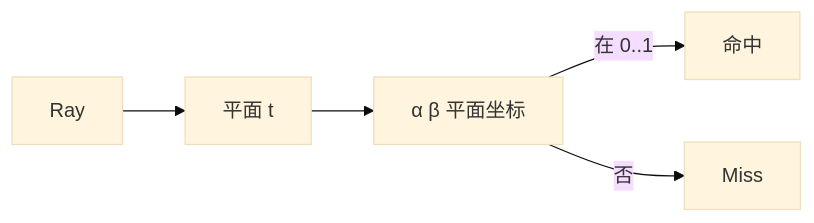
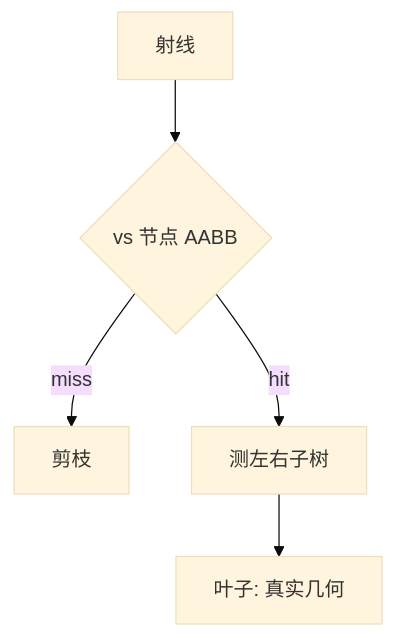
One commit to xiaoqianran/cpp-002 changed the fourth of 4 diagrams in docs/ARCHITECTURE.md. Above: the diagram before and after it, drawn with Mermaid (base theme). The commit also changed other lines of this file and 16 other files, not shown here.

````diff
--- a/docs/ARCHITECTURE.md
+++ b/docs/ARCHITECTURE.md
@@ -105,7 +52,7 @@
 ```mermaid
-flowchart LR
-  Ray --> Plane[平面 t]
-  Plane --> UV[α β 平面坐标]
-  UV -->|在 0..1| Hit[命中]
-  UV -->|否| Miss
+flowchart TB
+  Ray[射线] --> N{vs 节点 AABB}
+  N -->|miss| Skip[剪枝]
+  N -->|hit| Kids[测左右子树]
+  Kids --> Leaf[叶子: 真实几何]
 ```
````
